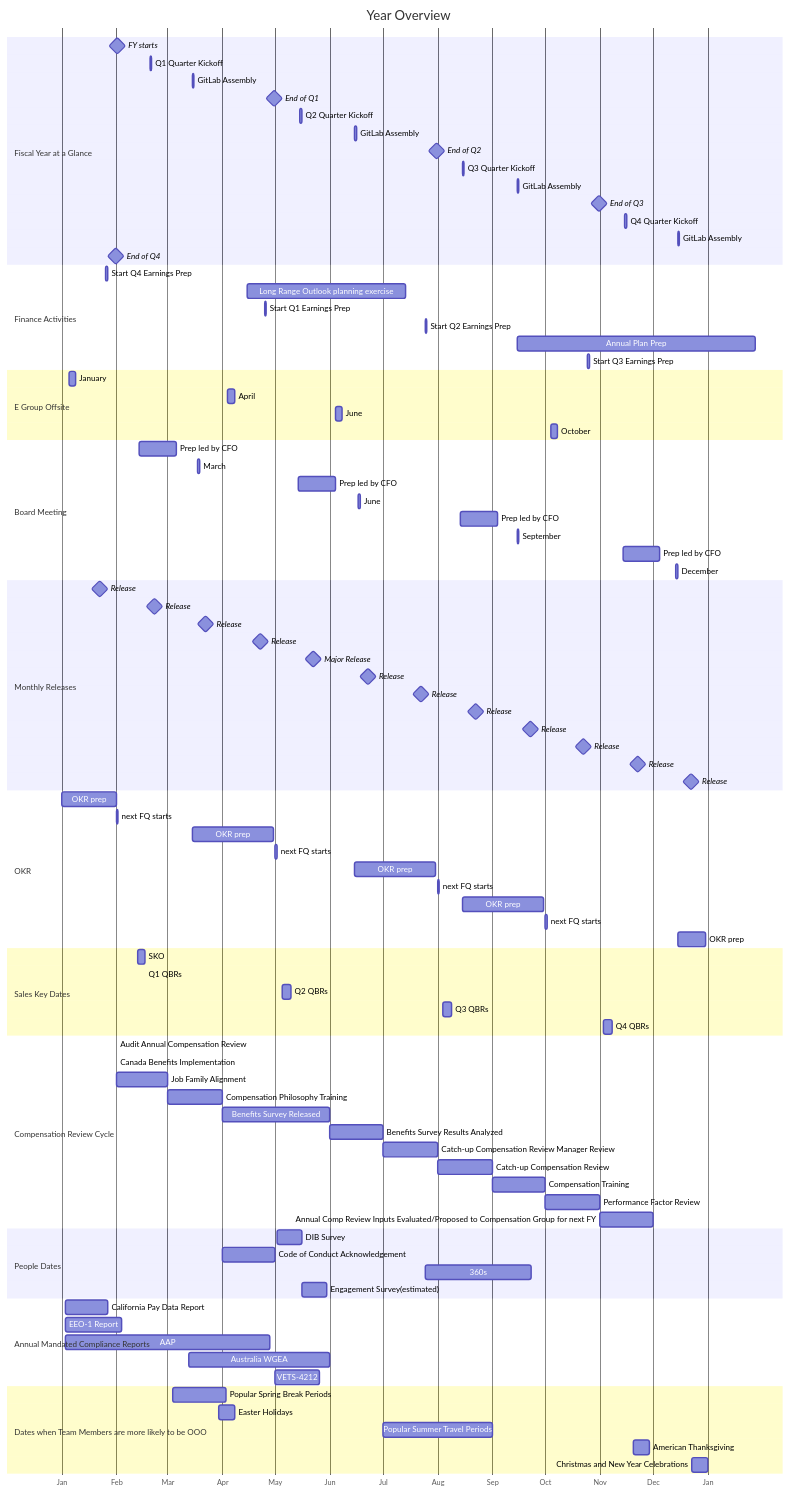
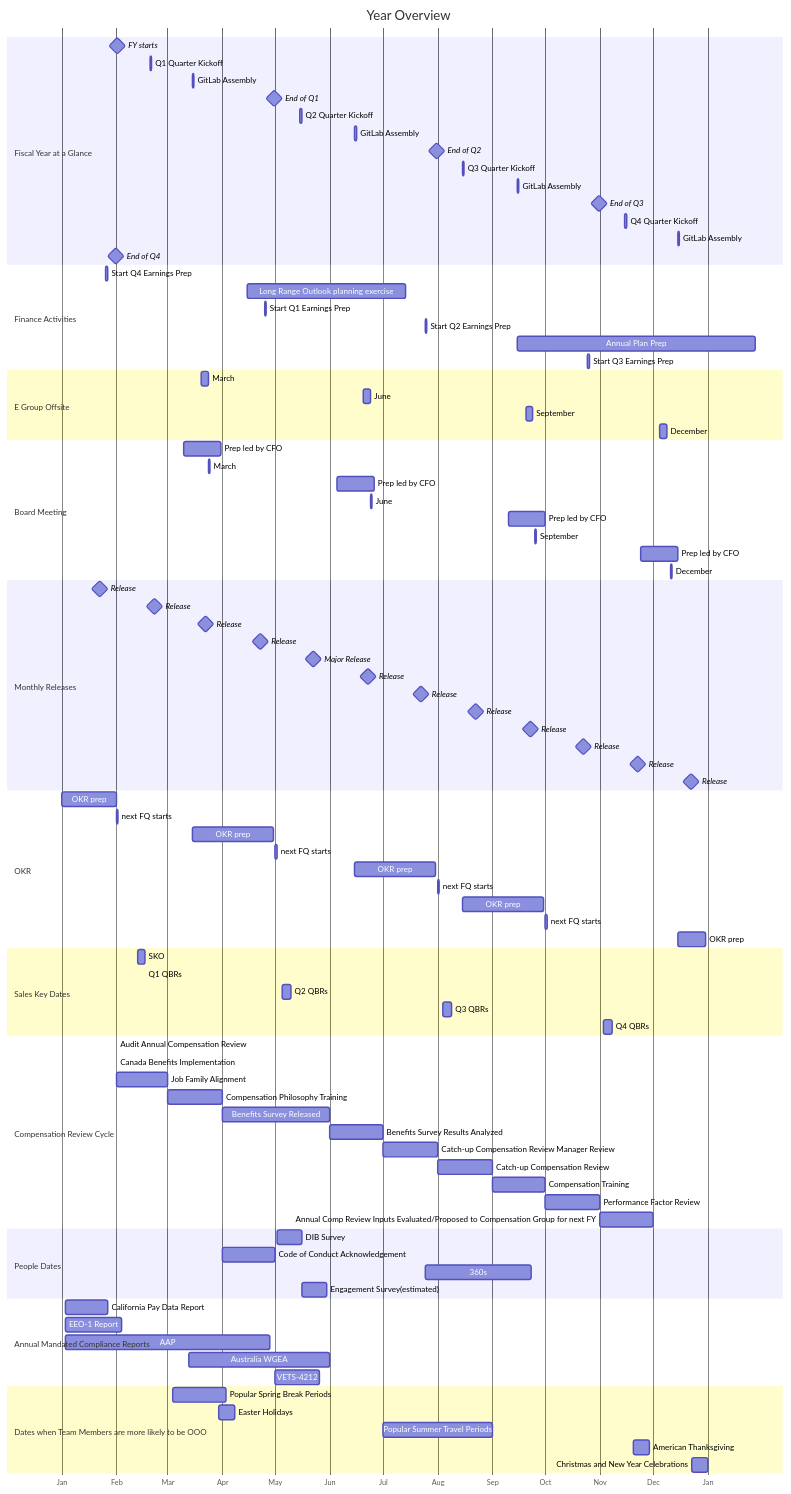
Before and after one commit to secretstartups/handbook: the diagram in content/handbook/company/cadence.md, drawn with Mermaid. The commit also changed other lines of this file and 1 other file, not shown here.

Commit message:
Update E-Group Offsite and Cadence Page

```diff
--- a/content/handbook/company/cadence.md
+++ b/content/handbook/company/cadence.md
@@ -152,20 +150,20 @@
     Start Q3 Earnings Prep      :10-25, 1d
 
     section E Group Offsite
-    January                     :01-05, 4d
-    April                       :04-04, 4d
-    June                        :06-04, 4d
-    October                     :10-04, 4d
+    March                       :03-20, 4d
+    June                        :06-20, 4d
+    September                   :09-20, 4d
+    December                    :12-05, 4d
 
     section Board Meeting
-    Prep led by CFO             :02-14, 21d
-    March                       :03-18, 1d
-    Prep led by CFO             :05-14, 21d
-    June                        :06-17, 1d
-    Prep led by CFO             :08-14, 21d
-    September                   :09-15, 1d
-    Prep led by CFO             :11-14, 21d
-    December                    :12-14, 1d
+    Prep led by CFO             :03-10, 21d
+    March                       :03-24, 1d
+    Prep led by CFO             :06-05, 21d
+    June                        :06-24, 1d
+    Prep led by CFO             :09-10, 21d
+    September                   :09-25, 1d
+    Prep led by CFO             :11-24, 21d
+    December                    :12-11, 1d
 
     section Monthly Releases
     Release                     :milestone, m12,01-22, 1d
```
